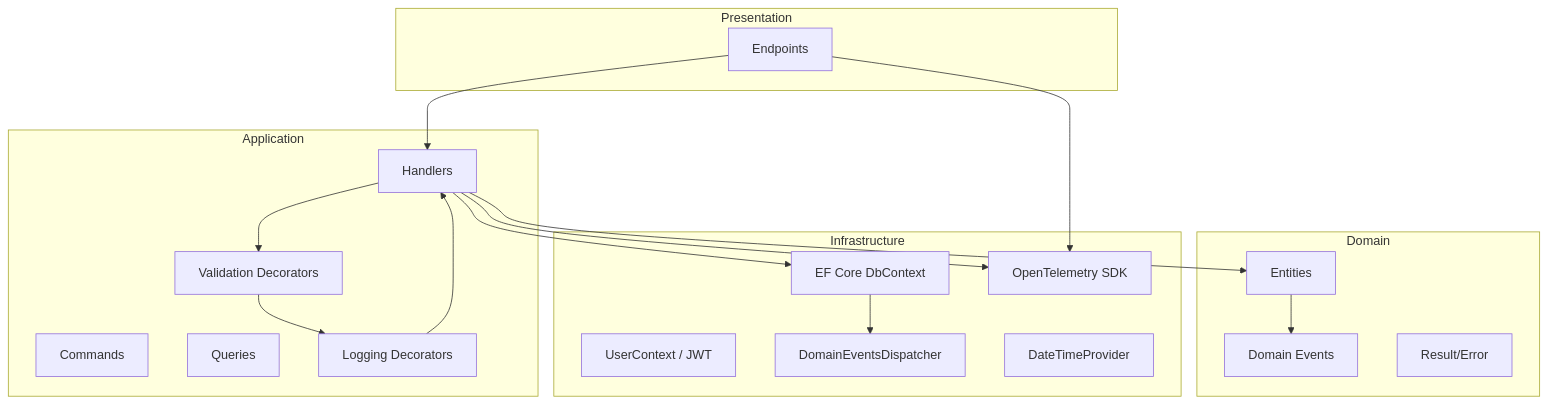
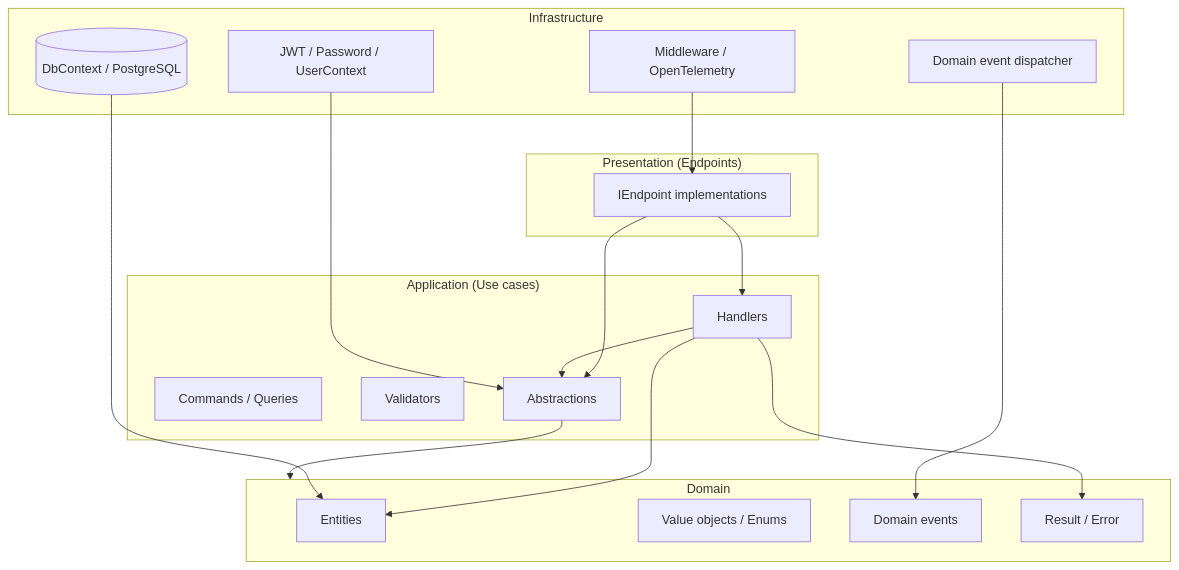
One commit to LucasBonato/CleanArchitect.App.Template changed the first of 3 diagrams in README.md. Above: the diagram before and after it, drawn with Mermaid. The commit also changed other lines of this file, not shown here.

Commit message:
feat/main(docs): Edit README.md explaining better the application template

````diff
--- a/README.md
+++ b/README.md
@@ -70,42 +51,34 @@
 ```mermaid
 flowchart TB
-
-subgraph Presentation
-    Endpoint["Endpoints"]
-end
-
-subgraph Application
-    Command["Commands"]
-    Query["Queries"]
-    Handler["Handlers"]
-    Validation["Validation Decorators"]
-    Logging["Logging Decorators"]
-end
-
-subgraph Domain
-    Entity["Entities"]
-    Events["Domain Events"]
-    Result["Result/Error"]
-end
-
-subgraph Infrastructure
-    Db["EF Core DbContext"]
-    Auth["UserContext / JWT"]
-    Dispatcher["DomainEventsDispatcher"]
-    Time["DateTimeProvider"]
-    Telemetry["OpenTelemetry SDK"]
-end
-
-Endpoint --> Handler
-Handler --> Validation
-Validation --> Logging
-Logging --> Handler
-
-Handler --> Entity
-Handler --> Db
-Entity --> Events
-Db --> Dispatcher
-
-Handler --> Telemetry
-Endpoint --> Telemetry
+    subgraph Presentation["Presentation (Endpoints)"]
+        E[IEndpoint implementations]
+    end
+    subgraph Application["Application (Use cases)"]
+        C[Commands / Queries]
+        H[Handlers]
+        V[Validators]
+        A[Abstractions]
+    end
+    subgraph Domain["Domain"]
+        Ent[Entities]
+        VO[Value objects / Enums]
+        DE[Domain events]
+        R[Result / Error]
+    end
+    subgraph Infrastructure["Infrastructure"]
+        DB[(DbContext / PostgreSQL)]
+        Auth[JWT / Password / UserContext]
+        Disp[Domain event dispatcher]
+        Mid[Middleware / OpenTelemetry]
+    end
+    E --> H
+    E --> A
+    H --> A
+    H --> Ent
+    H --> R
+    A --> Domain
+    DB --> Ent
+    Auth --> A
+    Disp --> DE
+    Mid --> E
 ```
````
